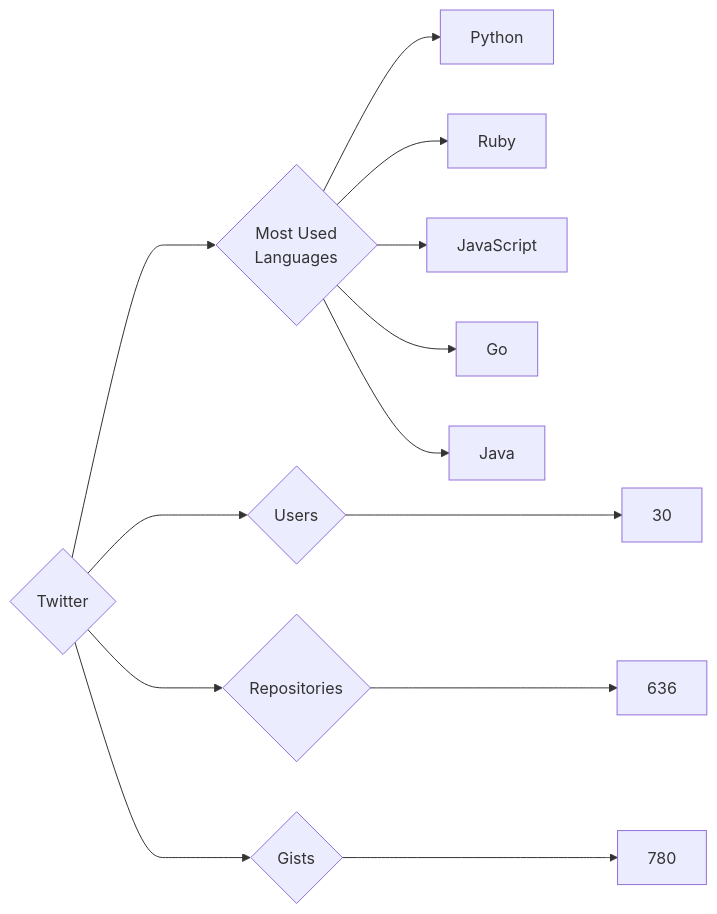
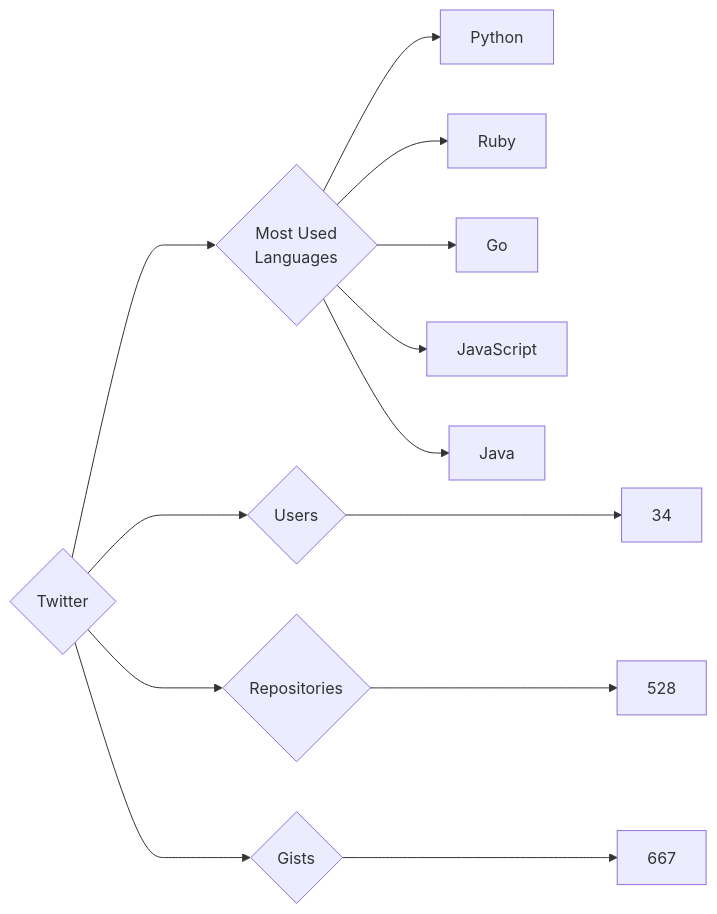
Before and after one commit to trickest/insiders: the diagram in targets/Twitter/README.md, drawn with Mermaid. The commit also changed 1479 other files, not shown here.

````diff
--- a/targets/Twitter/README.md
+++ b/targets/Twitter/README.md
@@ -3,13 +3,13 @@
 ```mermaid
 graph LR
 COMPANY_NAME{Twitter}
-COMPANY_NAME ---> U{Users} ---> UN[30]
-COMPANY_NAME ---> R{Repositories} ---> RN[636]
-COMPANY_NAME ---> G{Gists} ---> GN[780]
+COMPANY_NAME ---> U{Users} ---> UN[34]
+COMPANY_NAME ---> R{Repositories} ---> RN[528]
+COMPANY_NAME ---> G{Gists} ---> GN[667]
 COMPANY_NAME ---> ML{Most Used<br>Languages}
 ML --> Python[Python]
 ML --> Ruby[Ruby]
+ML --> Go[Go]
 ML --> JavaScript[JavaScript]
-ML --> Go[Go]
 ML --> Java[Java]
 ```
````
